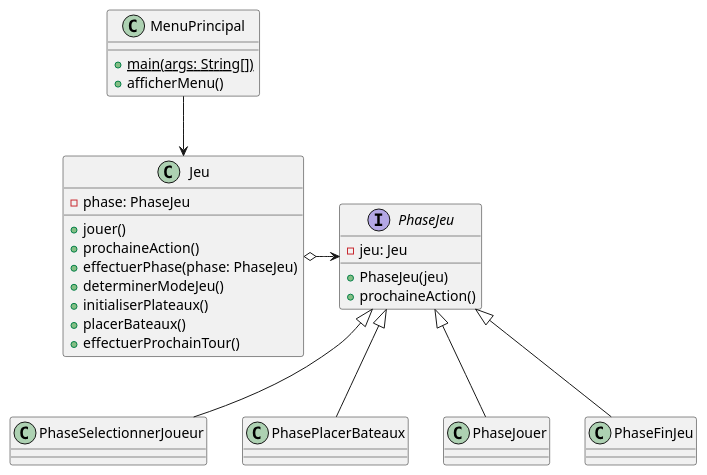
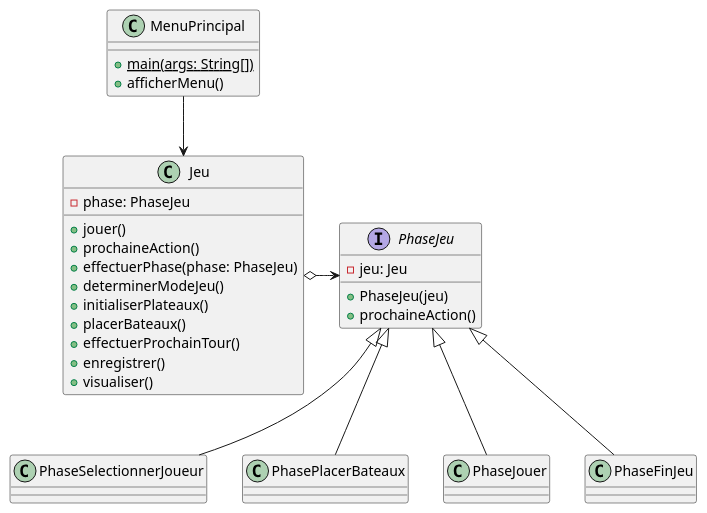
One commit to Patroklos99/5153_TP2-Battleship-AI-Pattern-Conception_Engineering2 changed the diagram in diagrammes_conception/diagrammes_patrons/classes_état.puml. Above: the diagram before and after it, drawn with PlantUML. The commit also changed 1 other file, not shown here.

Commit message:
Creation de diagramme pour Fin du jeu

```diff
--- a/diagrammes_conception/diagrammes_patrons/classes_état.puml
+++ b/diagrammes_conception/diagrammes_patrons/classes_état.puml
@@ -1,42 +1,44 @@
 @startuml
 class MenuPrincipal{
     + {static} main(args: String[])
     + afficherMenu()
 }
 
 class Jeu {
     - phase: PhaseJeu
     + jouer()
     + prochaineAction()
     + effectuerPhase(phase: PhaseJeu)
     + determinerModeJeu()
     + initialiserPlateaux()
     + placerBateaux()
     + effectuerProchainTour()
+    + enregistrer()
+    + visualiser()
 }
 
 interface PhaseJeu {
     - jeu: Jeu
     + PhaseJeu(jeu)
     + prochaineAction()
 }
 
 class PhaseSelectionnerJoueur {}
 
 class PhasePlacerBateaux {}
 
 class PhaseJouer {}
 
 class PhaseFinJeu {}
 
 
 PhaseJeu <-left-o Jeu
 
 PhaseSelectionnerJoueur -up-|> PhaseJeu
 PhasePlacerBateaux -up-|> PhaseJeu
 PhaseJouer -up-|> PhaseJeu
 PhaseFinJeu -up-|> PhaseJeu
 
 MenuPrincipal --> Jeu
 
 @enduml
```
